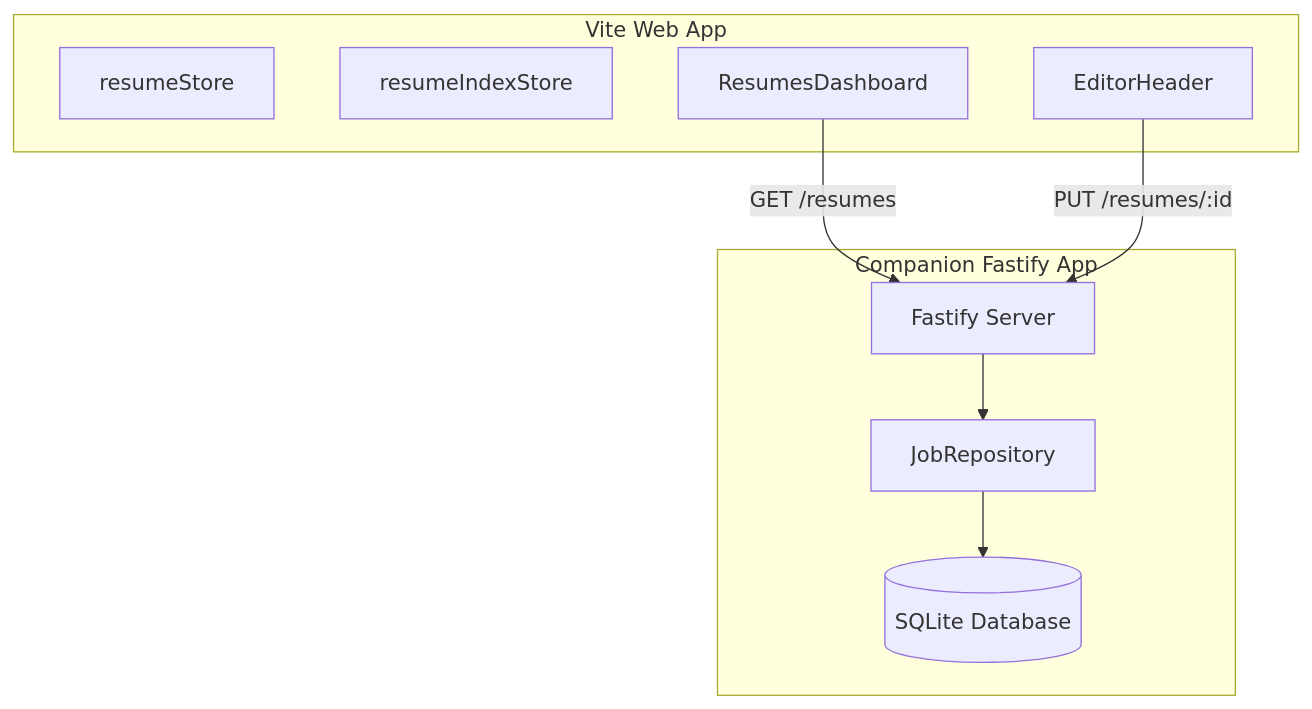
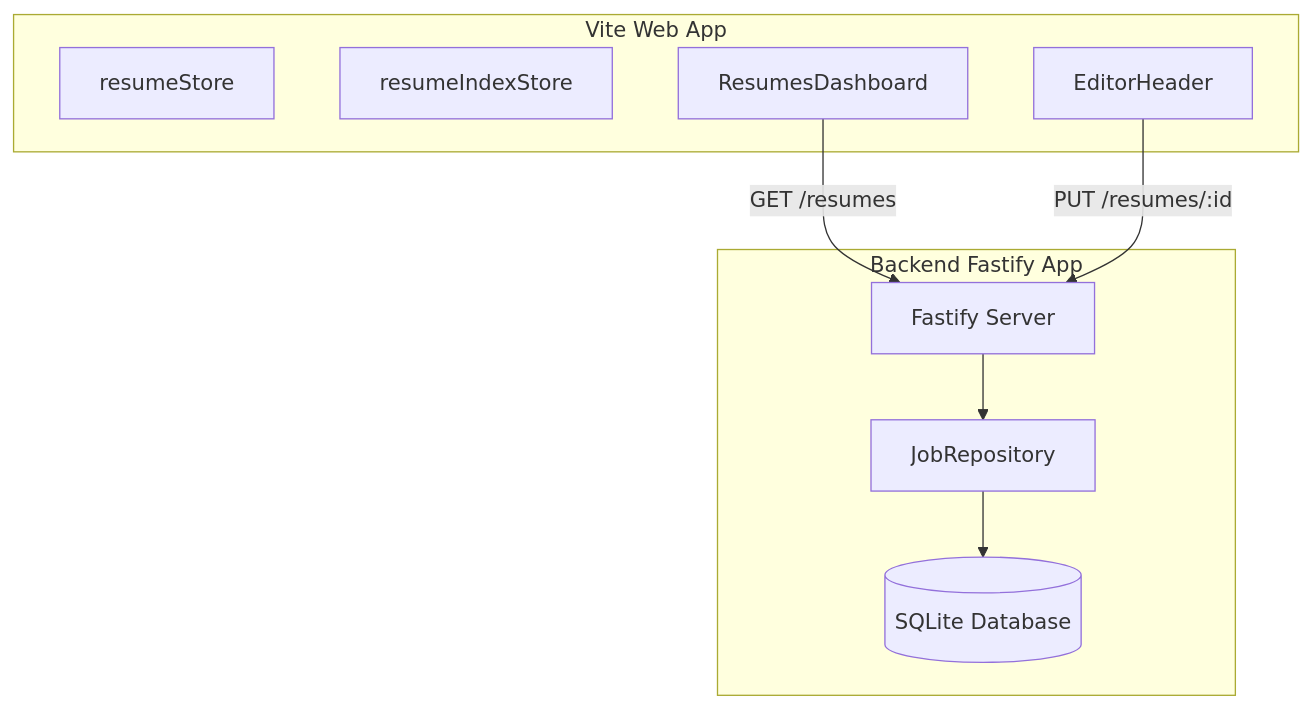
Before and after one commit to Benjaminlooi/open-resume: the diagram in docs/superpowers/specs/2026-06-11-sqlite-backed-resumes-design-spec.md, drawn with Mermaid. The commit also changed other lines of this file and 74 other files, not shown here.

First line of the commit message:
refactor: rename companion to backend across entire codebase

````diff
--- a/docs/superpowers/specs/2026-06-11-sqlite-backed-resumes-design-spec.md
+++ b/docs/superpowers/specs/2026-06-11-sqlite-backed-resumes-design-spec.md
@@ -16,20 +16,20 @@
 ```mermaid
 graph TD
     subgraph Frontend [Vite Web App]
         resStore[resumeStore]
         idxStore[resumeIndexStore]
         header[EditorHeader]
         dash[ResumesDashboard]
     end
 
-    subgraph Backend [Companion Fastify App]
+    subgraph Backend [Backend Fastify App]
         server[Fastify Server]
         repo[JobRepository]
         db[(SQLite Database)]
     end
 
     dash -- "GET /resumes" --> server
     header -- "PUT /resumes/:id" --> server
     server --> repo
     repo --> db
 ```
````
